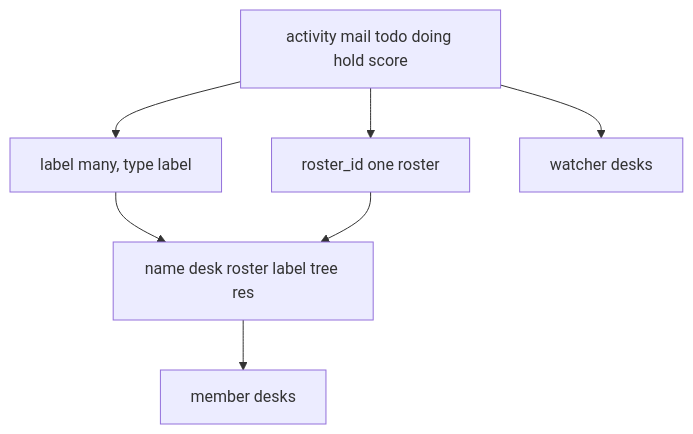
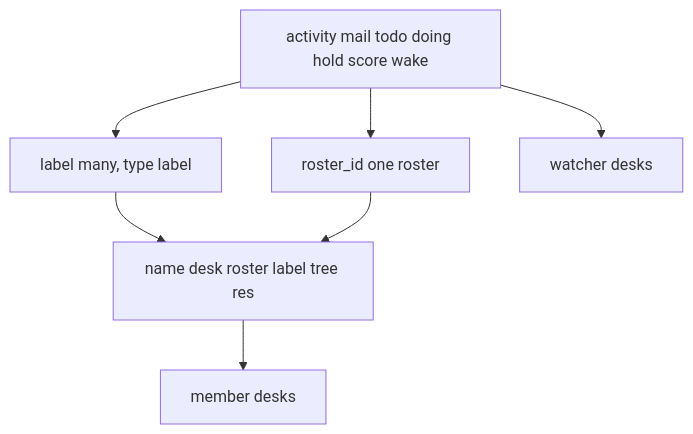
One commit to si4ai/the-mill changed the first of 6 diagrams in docs/protocol/states.md. Above: the diagram before and after it, drawn with Mermaid. The commit also changed other lines of this file and 8 other files, not shown here.

````diff
--- a/docs/protocol/states.md
+++ b/docs/protocol/states.md
@@ -13,11 +13,11 @@
 ```mermaid
 flowchart TB
-  A["activity mail todo doing hold score"]
+  A["activity mail todo doing hold score wake"]
   A --> Aff["roster_id one roster"]
   A --> Lab["label many, type label"]
   A --> W["watcher desks"]
   N["name desk roster label tree res"]
   Lab --> N
   Aff --> N
   N --> M["member desks"]
 ```
````
